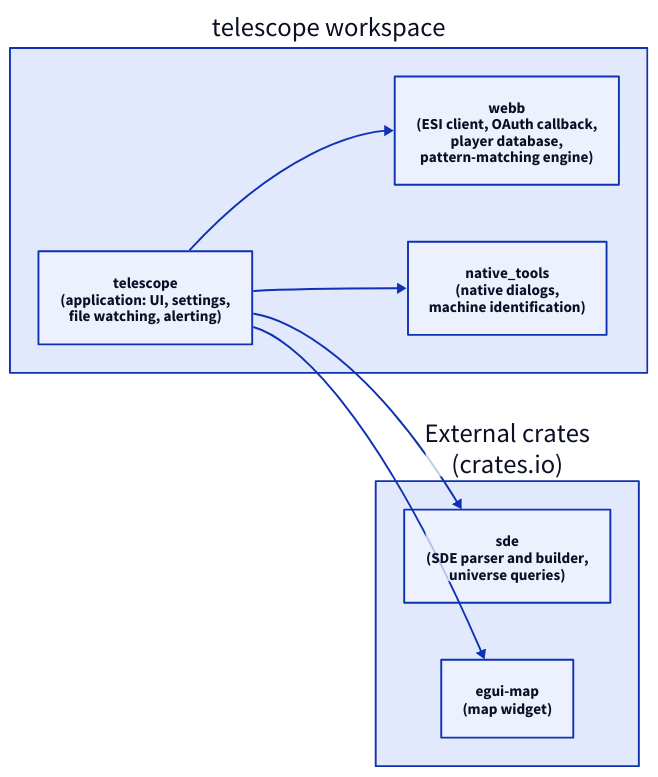
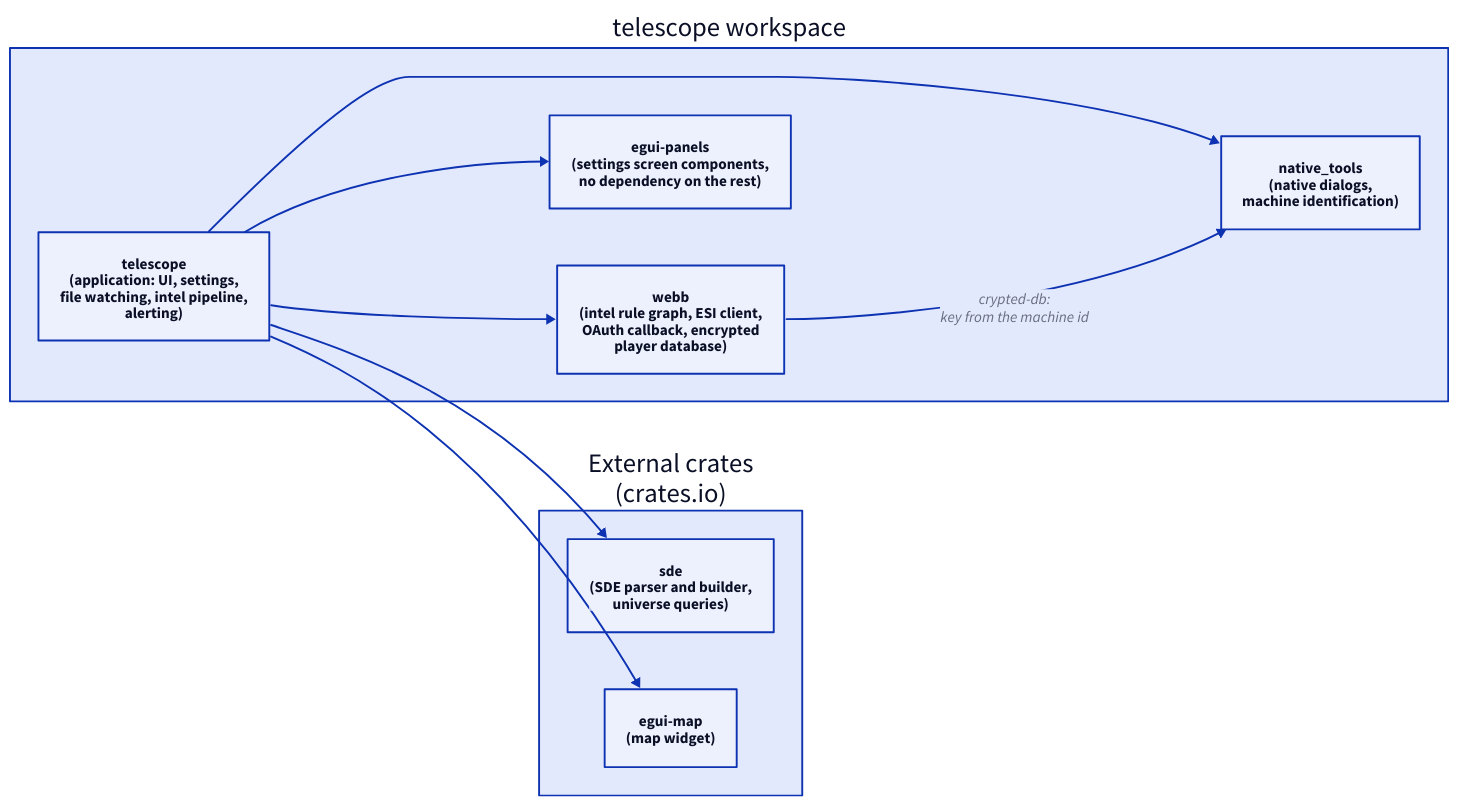
One commit to rafaga/telescope changed the diagram in docs/architecture/crates.d2. Above: the diagram before and after it, drawn with D2. The commit also changed 21 other files, not shown here.

```diff
--- a/docs/architecture/crates.d2
+++ b/docs/architecture/crates.d2
@@ -1,17 +1,20 @@
 direction: right
 
 workspace: "telescope workspace" {
-  telescope: "telescope\n(application: UI, settings,\nfile watching, alerting)"
-  webb: "webb\n(ESI client, OAuth callback,\nplayer database,\npattern-matching engine)"
+  telescope: "telescope\n(application: UI, settings,\nfile watching, intel pipeline,\nalerting)"
+  webb: "webb\n(intel rule graph, ESI client,\nOAuth callback, encrypted\nplayer database)"
   native_tools: "native_tools\n(native dialogs,\nmachine identification)"
+  egui-panels: "egui-panels\n(settings screen components,\nno dependency on the rest)"
 }
 
 siblings: "External crates\n(crates.io)" {
   sde: "sde\n(SDE parser and builder,\nuniverse queries)"
   egui-map: "egui-map\n(map widget)"
 }
 
 workspace.telescope -> workspace.webb
 workspace.telescope -> workspace.native_tools
+workspace.telescope -> workspace.egui-panels
+workspace.webb -> workspace.native_tools: "crypted-db:\nkey from the machine id"
 workspace.telescope -> siblings.sde
 workspace.telescope -> siblings.egui-map
```
